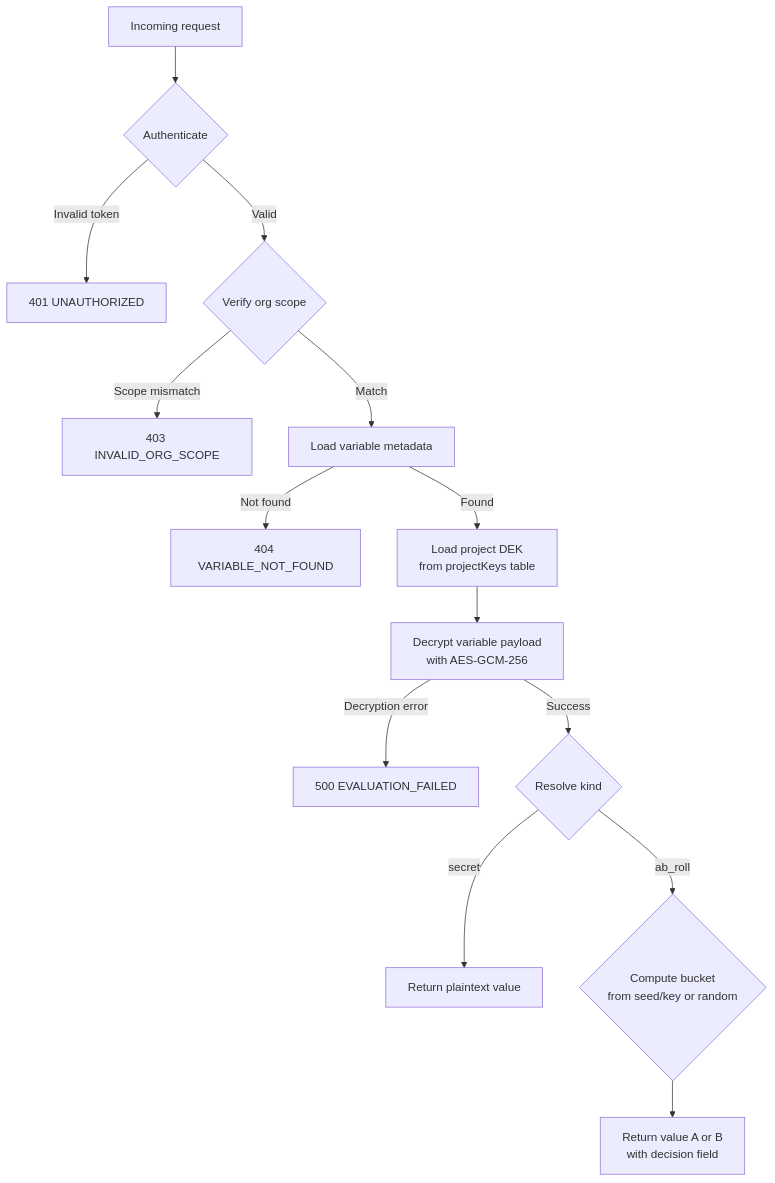
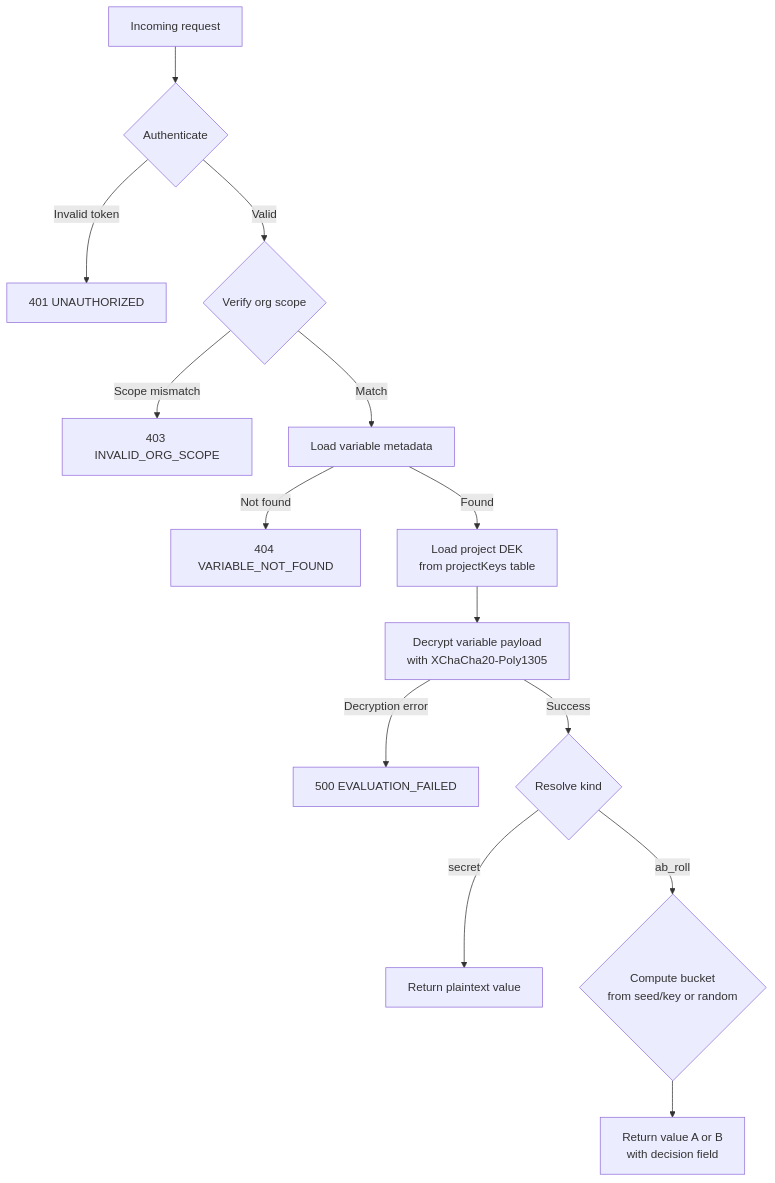
The diagram in concepts/how-barekey-works.mdx (usebarekey/docs), drawn with Mermaid before and after one commit. The commit also changed other lines of this file and 4 other files, not shown here.

````diff
--- a/concepts/how-barekey-works.mdx
+++ b/concepts/how-barekey-works.mdx
@@ -38,16 +38,16 @@
 ```mermaid
 flowchart TD
   A[Incoming request] --> B{Authenticate}
   B -->|Invalid token| Z1[401 UNAUTHORIZED]
   B -->|Valid| C{Verify org scope}
   C -->|Scope mismatch| Z2[403 INVALID_ORG_SCOPE]
   C -->|Match| D[Load variable metadata]
   D -->|Not found| Z3[404 VARIABLE_NOT_FOUND]
   D -->|Found| E[Load project DEK\nfrom projectKeys table]
-  E --> F[Decrypt variable payload\nwith AES-GCM-256]
+  E --> F[Decrypt variable payload\nwith XChaCha20-Poly1305]
   F -->|Decryption error| Z4[500 EVALUATION_FAILED]
   F -->|Success| G{Resolve kind}
   G -->|secret| H[Return plaintext value]
   G -->|ab_roll| I{Compute bucket\nfrom seed/key or random}
   I --> J[Return value A or B\nwith decision field]
 ```
````
